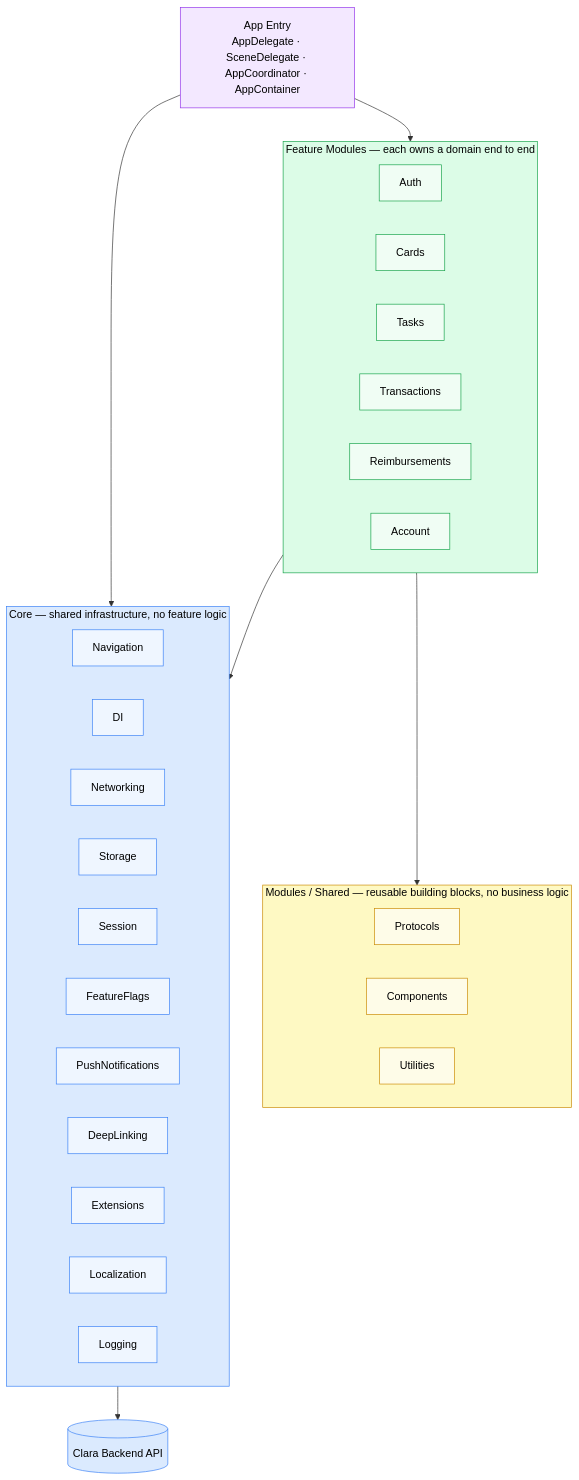
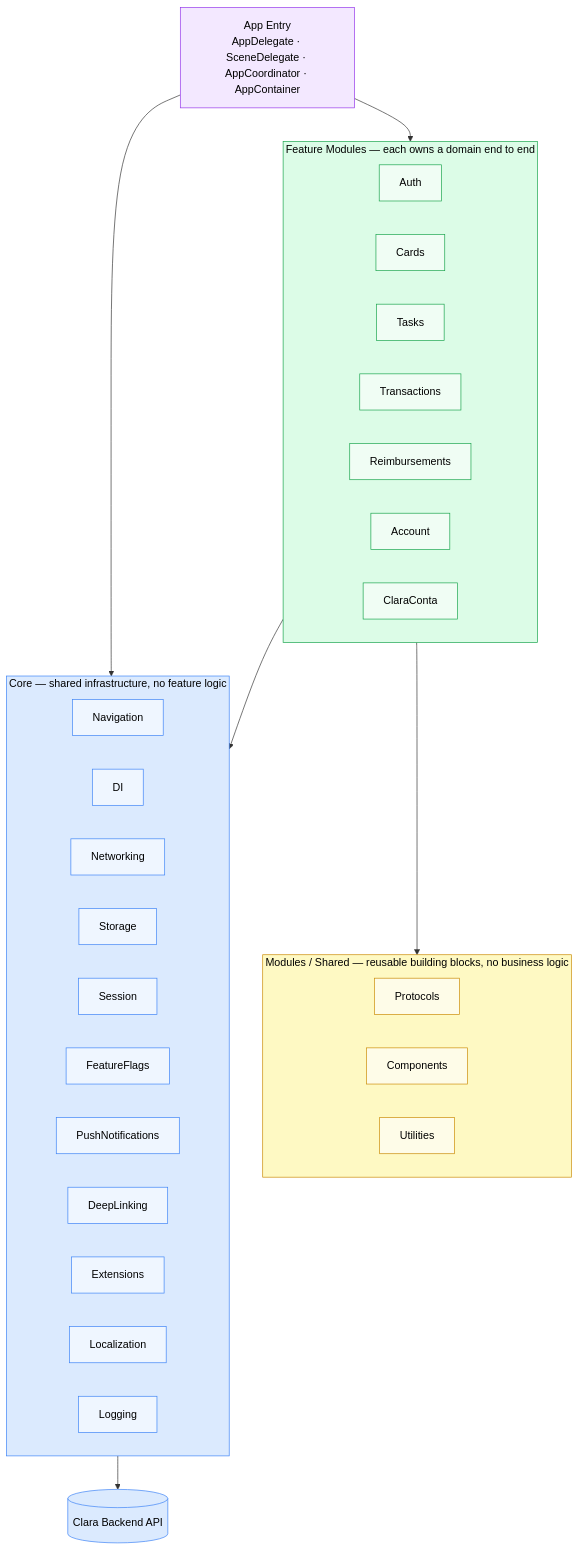
Before and after one commit to ceciliacastillo2/ios-platform-playbook: the diagram in architecture/diagrams/module-architecture.md, drawn with Mermaid. The commit also changed other lines of this file and 12 other files, not shown here.

First line of the commit message:
docs: add ClaraConta, adoption scorecard, and CI target architecture

````diff
--- a/architecture/diagrams/module-architecture.md
+++ b/architecture/diagrams/module-architecture.md
@@ -10,70 +12,72 @@
 ```mermaid
 graph TB
   APP["App Entry\nAppDelegate · SceneDelegate · AppCoordinator · AppContainer"]
 
   subgraph CORE["Core  —  shared infrastructure, no feature logic"]
     direction LR
     Nav["Navigation"]
     DI["DI"]
     Net["Networking"]
     Storage["Storage"]
     Session["Session"]
     FF["FeatureFlags"]
     Push["PushNotifications"]
     DL["DeepLinking"]
     Ext["Extensions"]
     Loc["Localization"]
     Log["Logging"]
   end
 
   subgraph SHARED["Modules / Shared  —  reusable building blocks, no business logic"]
     direction LR
     Proto["Protocols"]
     Comp["Components"]
     Utils["Utilities"]
   end
 
   subgraph MODULES["Feature Modules  —  each owns a domain end to end"]
     direction LR
     Auth["Auth"]
     Cards["Cards"]
     Tasks["Tasks"]
     Transactions["Transactions"]
     Reimbursements["Reimbursements"]
     Account["Account"]
+    ClaraConta["ClaraConta"]
   end
 
   API[("Clara Backend API")]
 
   APP --> CORE
   APP --> MODULES
   MODULES --> CORE
   MODULES --> SHARED
   CORE --> API
 
   style CORE fill:#dbeafe,stroke:#3b82f6,color:#000
   style SHARED fill:#fef9c3,stroke:#ca8a04,color:#000
   style MODULES fill:#dcfce7,stroke:#16a34a,color:#000
   style APP fill:#f3e8ff,stroke:#9333ea,color:#000
   style Nav fill:#eff6ff,stroke:#3b82f6,color:#000
   style DI fill:#eff6ff,stroke:#3b82f6,color:#000
   style Net fill:#eff6ff,stroke:#3b82f6,color:#000
   style Storage fill:#eff6ff,stroke:#3b82f6,color:#000
   style Session fill:#eff6ff,stroke:#3b82f6,color:#000
   style FF fill:#eff6ff,stroke:#3b82f6,color:#000
   style Push fill:#eff6ff,stroke:#3b82f6,color:#000
   style DL fill:#eff6ff,stroke:#3b82f6,color:#000
   style Ext fill:#eff6ff,stroke:#3b82f6,color:#000
   style Loc fill:#eff6ff,stroke:#3b82f6,color:#000
   style Log fill:#eff6ff,stroke:#3b82f6,color:#000
   style Proto fill:#fefce8,stroke:#ca8a04,color:#000
   style Comp fill:#fefce8,stroke:#ca8a04,color:#000
   style Utils fill:#fefce8,stroke:#ca8a04,color:#000
   style Auth fill:#f0fdf4,stroke:#16a34a,color:#000
   style Cards fill:#f0fdf4,stroke:#16a34a,color:#000
   style Tasks fill:#f0fdf4,stroke:#16a34a,color:#000
   style Transactions fill:#f0fdf4,stroke:#16a34a,color:#000
   style Reimbursements fill:#f0fdf4,stroke:#16a34a,color:#000
   style Account fill:#f0fdf4,stroke:#16a34a,color:#000
+  style ClaraConta fill:#f0fdf4,stroke:#16a34a,color:#000
   style API fill:#dbeafe,stroke:#3b82f6,color:#000
 ```
````
